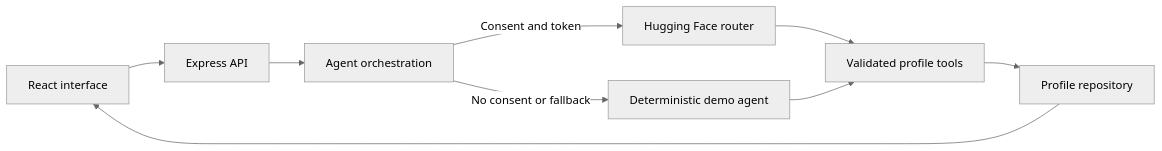
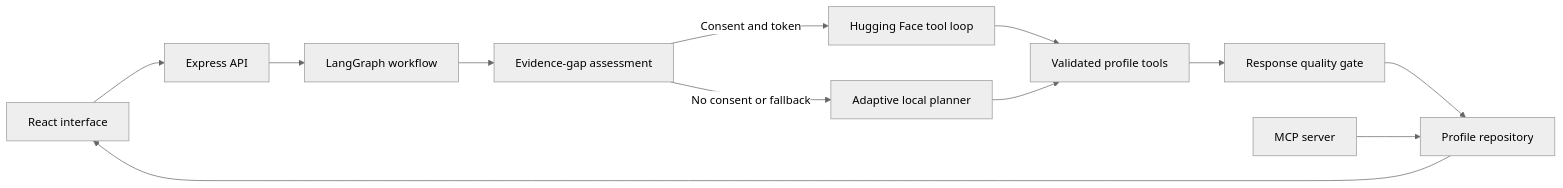
One commit to YasminTayebi/facet-ai changed the diagram in docs/PROJECT_REPORT.md. Above: the diagram before and after it, drawn with Mermaid (neutral theme). The commit also changed other lines of this file and 21 other files, not shown here.

Commit message:
feat: add adaptive LangGraph agent and MCP server

````diff
--- a/docs/PROJECT_REPORT.md
+++ b/docs/PROJECT_REPORT.md
@@ -89,11 +101,14 @@
 ```mermaid
 flowchart LR
     UI[React interface] --> API[Express API]
-    API --> AGENT[Agent orchestration]
-    AGENT -->|Consent and token| HF[Hugging Face router]
-    AGENT -->|No consent or fallback| DEMO[Deterministic demo agent]
+    API --> AGENT[LangGraph workflow]
+    AGENT --> GAP[Evidence-gap assessment]
+    GAP -->|Consent and token| HF[Hugging Face tool loop]
+    GAP -->|No consent or fallback| DEMO[Adaptive local planner]
     HF --> TOOLS[Validated profile tools]
     DEMO --> TOOLS
-    TOOLS --> STORE[Profile repository]
+    TOOLS --> QUALITY[Response quality gate]
+    QUALITY --> STORE[Profile repository]
     STORE --> UI
+    MCP[MCP server] --> STORE
 ```
````
